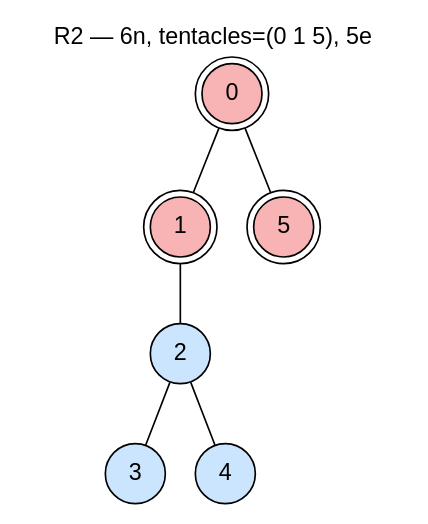
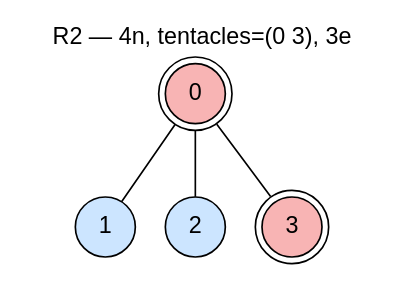
Before and after one commit to lamestllama/hrg-racket: the diagram in elecnet-drawings/R2.dot, drawn with Graphviz. The commit also changed 40 other files, not shown here.

```diff
--- a/elecnet-drawings/R2.dot
+++ b/elecnet-drawings/R2.dot
@@ -1,17 +1,13 @@
 graph rule {
-  label="R2 — 6n, tentacles=(0 1 5), 5e";
+  label="R2 — 4n, tentacles=(0 3), 3e";
   labelloc=t;
   fontname=Helvetica;
   node [fontname=Helvetica];
   n0 [label="0", style=filled, fillcolor="#f8b4b4", shape=doublecircle];
-  n1 [label="1", style=filled, fillcolor="#f8b4b4", shape=doublecircle];
+  n1 [label="1", style=filled, fillcolor="#cce5ff", shape=circle];
   n2 [label="2", style=filled, fillcolor="#cce5ff", shape=circle];
-  n3 [label="3", style=filled, fillcolor="#cce5ff", shape=circle];
-  n4 [label="4", style=filled, fillcolor="#cce5ff", shape=circle];
-  n5 [label="5", style=filled, fillcolor="#f8b4b4", shape=doublecircle];
+  n3 [label="3", style=filled, fillcolor="#f8b4b4", shape=doublecircle];
   n0 -- n1;
-  n0 -- n5;
-  n1 -- n2;
-  n2 -- n3;
-  n2 -- n4;
+  n0 -- n2;
+  n0 -- n3;
 }
```
